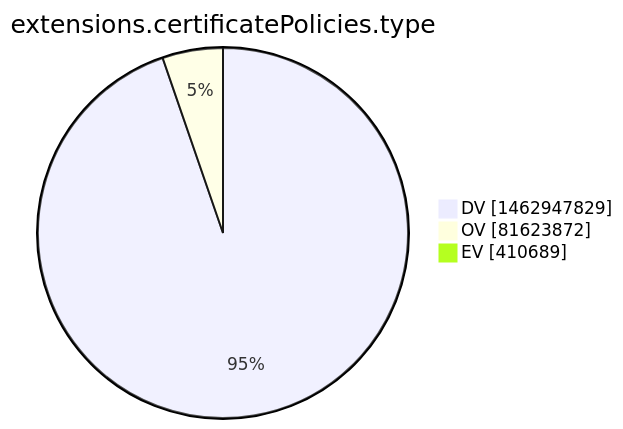
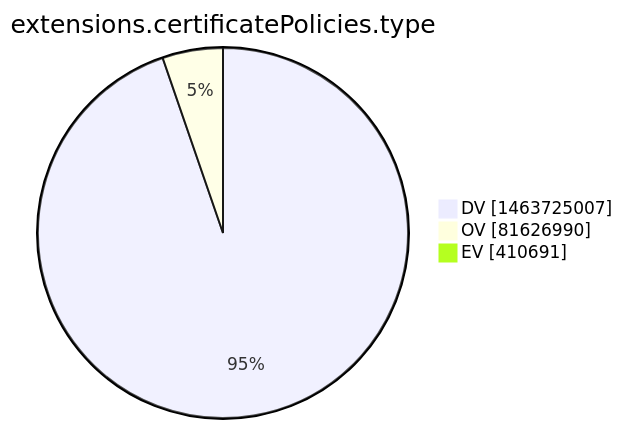
One commit to christiankrug/ctmonitor_visualization changed the tenth of 15 diagrams in xenon2022/README.md. Above: the diagram before and after it, drawn with Mermaid. The commit also changed other lines of this file, not shown here.

````diff
--- a/xenon2022/README.md
+++ b/xenon2022/README.md
@@ -2870,7 +2870,7 @@
 ```mermaid
 pie showData
 title extensions.certificatePolicies.type
-"DV" :1462947829
-"OV" :81623872
-"EV" :410689
+"DV" :1463725007
+"OV" :81626990
+"EV" :410691
 ```
````
